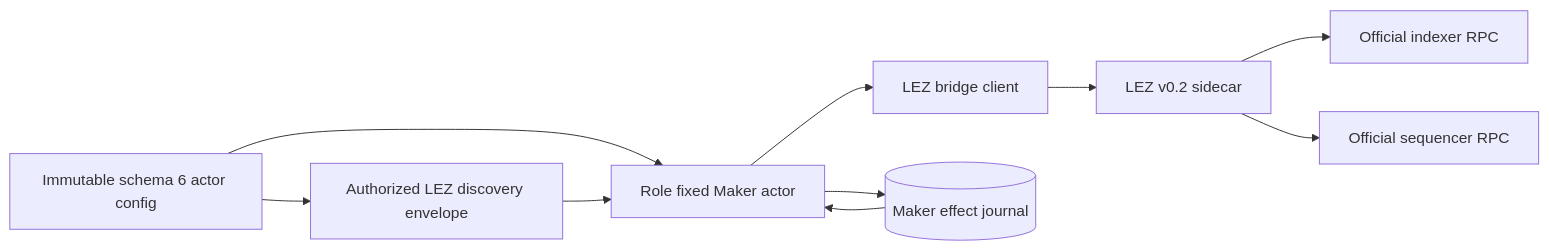
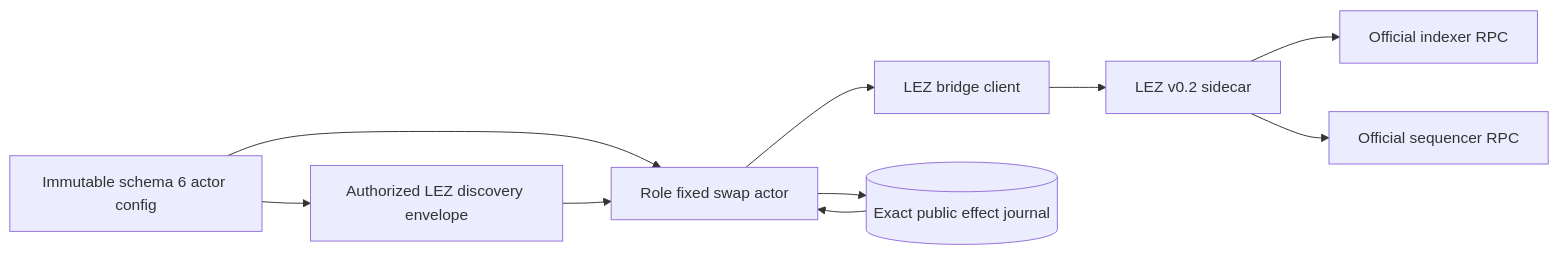
The first of 3 diagrams in docs/architecture/0110-scan-immutable-lez-windows-as-finalized-prefixes.md (gateway-fm/lez-atomic-swaps), drawn with Mermaid before and after one commit. The commit also changed other lines of this file and 14 other files, not shown here.

````diff
--- a/docs/architecture/0110-scan-immutable-lez-windows-as-finalized-prefixes.md
+++ b/docs/architecture/0110-scan-immutable-lez-windows-as-finalized-prefixes.md
@@ -45,21 +51,21 @@
 ```mermaid
 flowchart LR
     Config[Immutable schema 6 actor config]
     Envelope[Authorized LEZ discovery envelope]
-    Actor[Role fixed Maker actor]
+    Actor[Role fixed swap actor]
     Client[LEZ bridge client]
     Sidecar[LEZ v0.2 sidecar]
     Indexer[Official indexer RPC]
     Sequencer[Official sequencer RPC]
-    Journal[(Maker effect journal)]
+    Journal[(Exact public effect journal)]
 
     Config --> Envelope
     Config --> Actor
     Envelope --> Actor
     Actor --> Client
     Client --> Sidecar
     Sidecar --> Indexer
     Sidecar --> Sequencer
     Actor --> Journal
     Journal --> Actor
 ```
````
